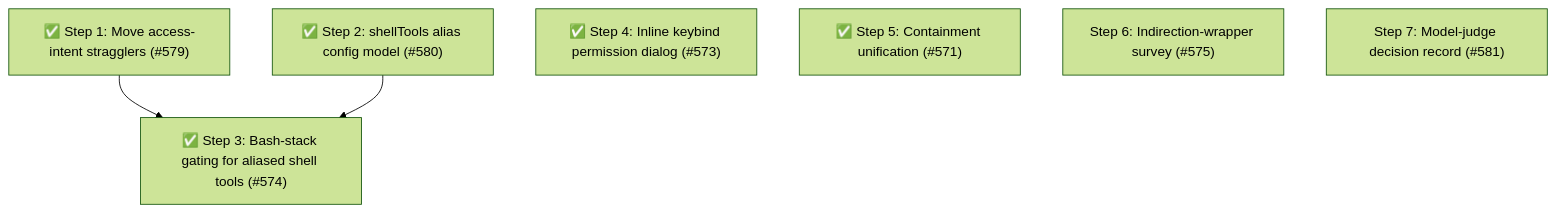
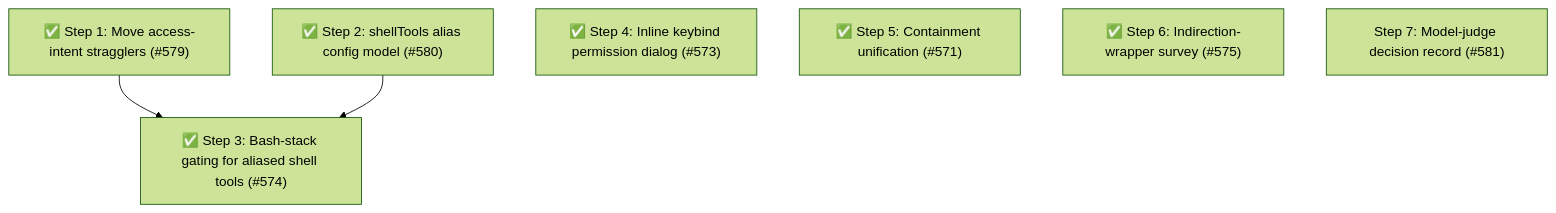
One commit to whaoa/forked-gotgenes-pi-packages changed the fourth of 4 diagrams in packages/pi-permission-system/docs/architecture/architecture.md. Above: the diagram before and after it, drawn with Mermaid (forest theme). The commit also changed other lines of this file and 2 other files, not shown here.

Commit message:
docs(pi-permission-system): record exec-capable wrapper survey and mark Phase 11 Step 6 complete (#575)

````diff
--- a/packages/pi-permission-system/docs/architecture/architecture.md
+++ b/packages/pi-permission-system/docs/architecture/architecture.md
@@ -993,12 +996,12 @@
 ```mermaid
 flowchart TD
     S1["✅ Step 1: Move access-intent stragglers (#579)"]
     S2["✅ Step 2: shellTools alias config model (#580)"]
     S3["✅ Step 3: Bash-stack gating for aliased shell tools (#574)"]
     S4["✅ Step 4: Inline keybind permission dialog (#573)"]
     S5["✅ Step 5: Containment unification (#571)"]
-    S6["Step 6: Indirection-wrapper survey (#575)"]
+    S6["✅ Step 6: Indirection-wrapper survey (#575)"]
     S7["Step 7: Model-judge decision record (#581)"]
     S1 --> S3
     S2 --> S3
 ```
````
